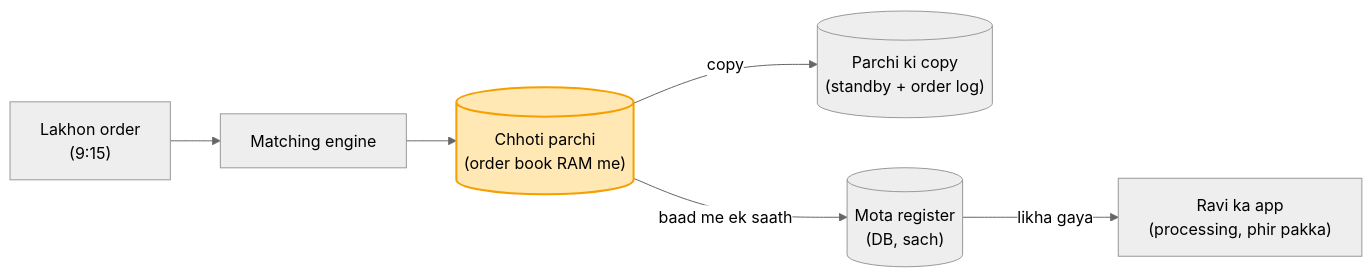
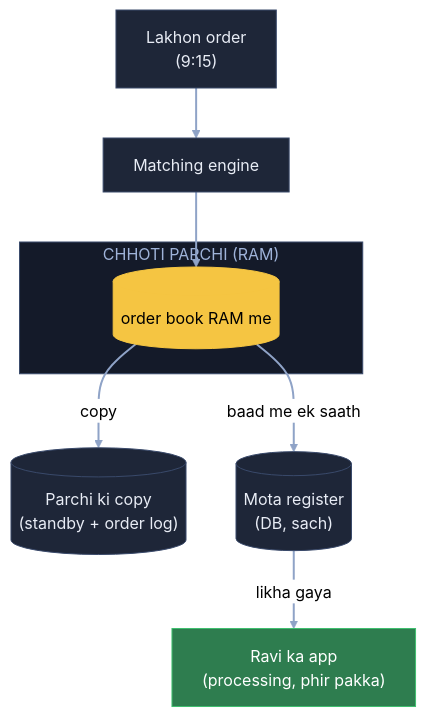
Before and after one commit to ArpanMaheshwari144/Prep: the ninth of 9 diagrams in 04_HLD/SYSTEM_DESIGNS/05_stock_broker_trading/05_stock_broker_trading.md, drawn with Mermaid (neutral theme). The commit also changed other lines of this file, not shown here.

Commit message:
Stock: 9 diagram YouTube (reel) wale card andaaz me

````diff
--- a/04_HLD/SYSTEM_DESIGNS/05_stock_broker_trading/05_stock_broker_trading.md
+++ b/04_HLD/SYSTEM_DESIGNS/05_stock_broker_trading/05_stock_broker_trading.md
@@ -205,9 +295,22 @@
 ```mermaid
-flowchart LR
-    O["Lakhon order<br/>(9:15)"] --> E["Matching engine"]
-    E --> P[("Chhoti parchi<br/>(order book RAM me)")]
-    P -- "copy" --> C[("Parchi ki copy<br/>(standby + order log)")]
-    P -- "baad me ek saath" --> D[("Mota register<br/>(DB, sach)")]
-    D -- "likha gaya" --> A["Ravi ka app<br/>(processing, phir pakka)"]
-    style P fill:#ffe8b3,stroke:#f59f00,stroke-width:2px,color:#000
+flowchart TB
+    O["Lakhon order<br/>(9:15)"]:::card
+    E["Matching engine"]:::card
+    subgraph RM["CHHOTI PARCHI (RAM)"]
+        P[("order book RAM me")]:::pill
+    end
+    C[("Parchi ki copy<br/>(standby + order log)")]:::card
+    D[("Mota register<br/>(DB, sach)")]:::card
+    A["Ravi ka app<br/>(processing, phir pakka)"]:::good
+    O --> E
+    E --> P
+    P -- "copy" --> C
+    P -- "baad me ek saath" --> D
+    D -- "likha gaya" --> A
+    linkStyle default stroke:#8fa3c7,stroke-width:2px
+    classDef card fill:#1e2638,stroke:#3a4a6b,color:#e8ecf5
+    classDef pill fill:#f5c542,stroke:#f5c542,color:#000
+    classDef good fill:#2e7d4f,stroke:#3fbf6f,color:#fff
+    classDef bad fill:#5c1f24,stroke:#e05561,color:#fff
+    style RM fill:#141a29,stroke:#3a4a6b,color:#9fb3d9
 ```
````
